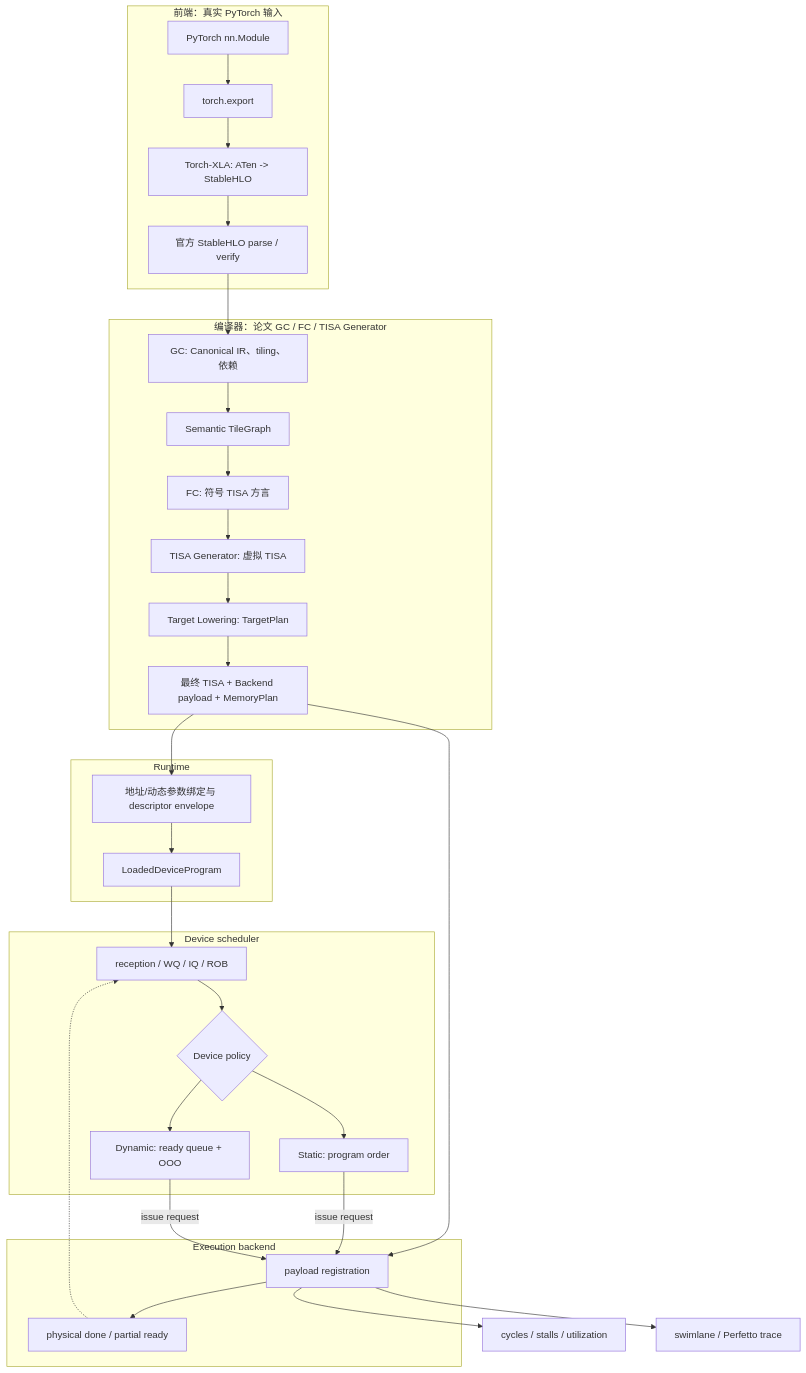
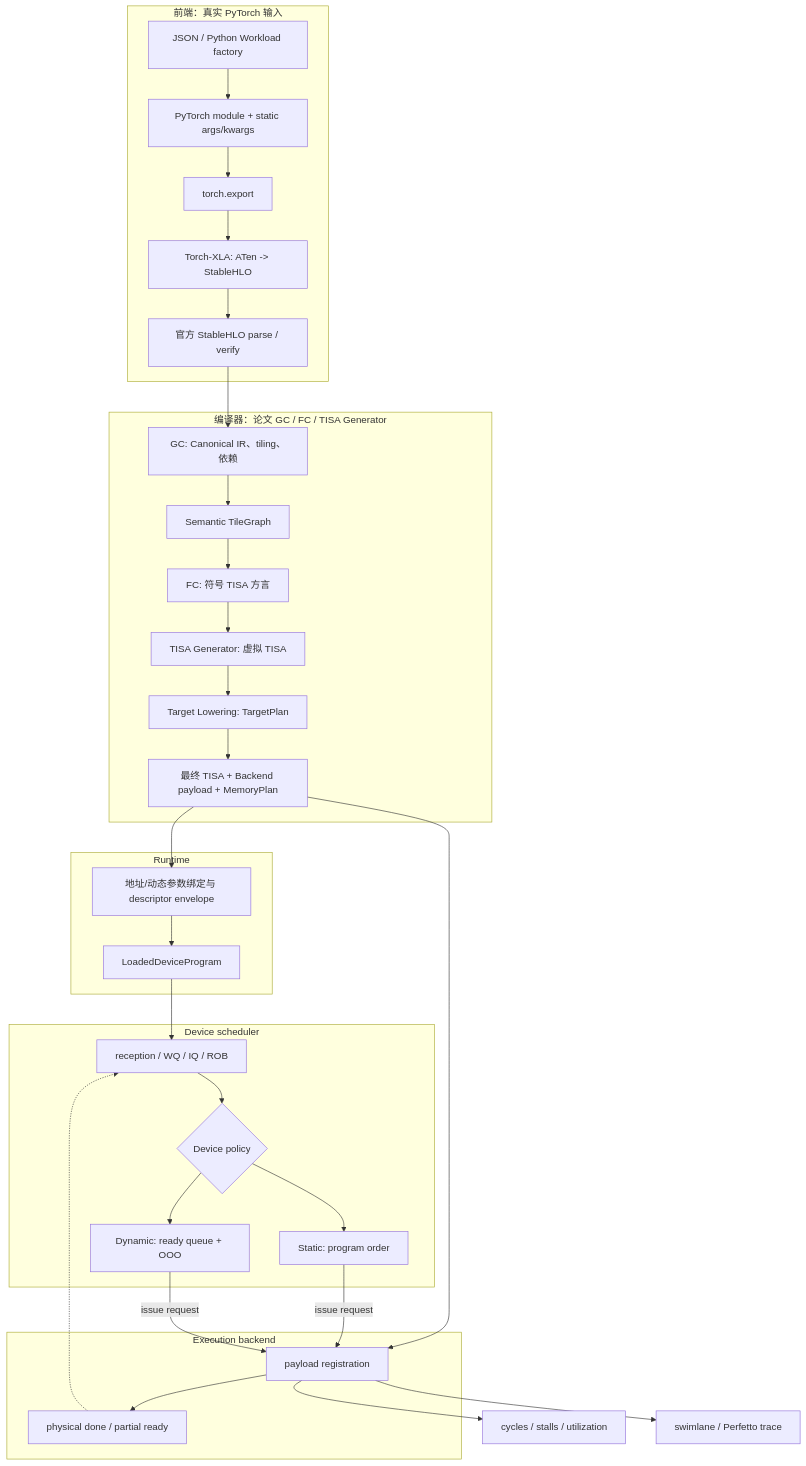
Before and after one commit to cxjiang-bk/npu-ooo-simulator: the diagram in docs/architecture.md, drawn with Mermaid. The commit also changed other lines of this file and 37 other files, not shown here.

````diff
--- a/docs/architecture.md
+++ b/docs/architecture.md
@@ -5,40 +5,41 @@
 ```mermaid
 flowchart TB
     subgraph Frontend[前端：真实 PyTorch 输入]
-        A[PyTorch nn.Module] --> B[torch.export]
+        W[JSON / Python Workload factory] --> A[PyTorch module + static args/kwargs]
+        A --> B[torch.export]
         B --> C[Torch-XLA: ATen -> StableHLO]
         C --> D[官方 StableHLO parse / verify]
     end
 
     subgraph Compiler[编译器：论文 GC / FC / TISA Generator]
         D --> E[GC: Canonical IR、tiling、依赖]
         E --> F[Semantic TileGraph]
         F --> G[FC: 符号 TISA 方言]
         G --> H[TISA Generator: 虚拟 TISA]
         H --> I[Target Lowering: TargetPlan]
         I --> J[最终 TISA + Backend payload + MemoryPlan]
     end
 
     subgraph Runtime[Runtime]
         J --> K[地址/动态参数绑定与 descriptor envelope]
         K --> U[LoadedDeviceProgram]
     end
 
     subgraph Device[Device scheduler]
         U --> L[reception / WQ / IQ / ROB]
         L --> M{Device policy}
         M --> N[Static: program order]
         M --> O[Dynamic: ready queue + OOO]
     end
 
     subgraph Backend[Execution backend]
         J --> P[payload registration]
         N -->|issue request| P
         O -->|issue request| P
         P --> Q[physical done / partial ready]
         Q -.-> L
     end
 
     P --> R[cycles / stalls / utilization]
     P --> S[swimlane / Perfetto trace]
 ```
````
